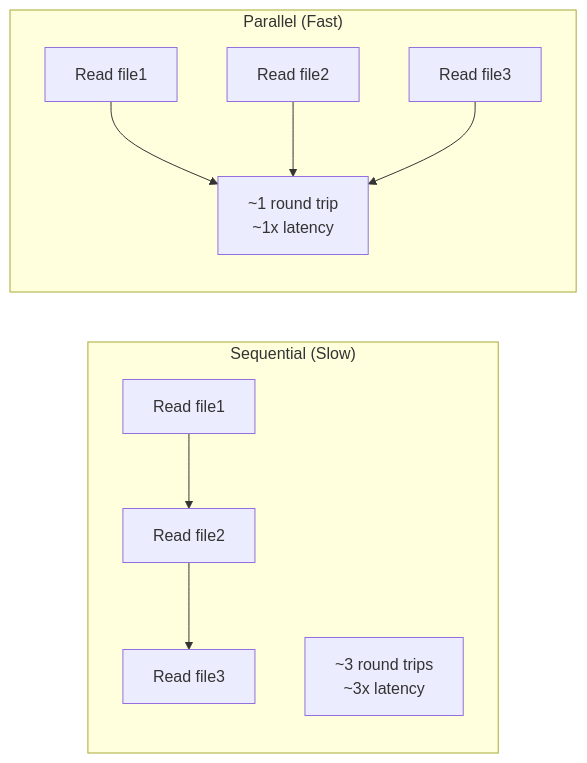
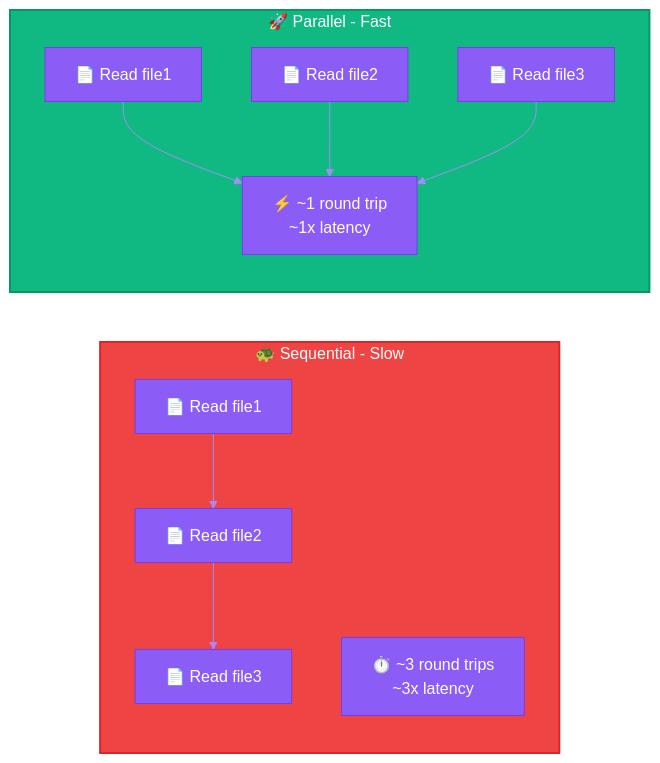
One commit to ThibautMelen/agentic-ai-systems changed the first of 5 diagrams in patterns/03-parallel-tool-calling.md. Above: the diagram before and after it, drawn with Mermaid. The commit also changed other lines of this file and 7 other files, not shown here.

First line of the commit message:
style(diagrams): add vibrant colors to all Mermaid diagrams

````diff
--- a/patterns/03-parallel-tool-calling.md
+++ b/patterns/03-parallel-tool-calling.md
@@ -13,16 +13,20 @@
 ```mermaid
+%%{init: {'theme': 'base', 'themeVariables': { 'primaryColor': '#8b5cf6', 'primaryTextColor': '#ffffff', 'primaryBorderColor': '#7c3aed', 'lineColor': '#a78bfa'}}}%%
 flowchart LR
-    subgraph Sequential["Sequential (Slow)"]
-        S1[Read file1] --> S2[Read file2] --> S3[Read file3]
-        S4["~3 round trips<br/>~3x latency"]
+    subgraph Sequential["🐢 Sequential - Slow"]
+        S1[📄 Read file1] --> S2[📄 Read file2] --> S3[📄 Read file3]
+        S4["⏱️ ~3 round trips<br/>~3x latency"]
     end
 
-    subgraph Parallel["Parallel (Fast)"]
-        P1[Read file1]
-        P2[Read file2]
-        P3[Read file3]
-        P4["~1 round trip<br/>~1x latency"]
+    subgraph Parallel["🚀 Parallel - Fast"]
+        P1[📄 Read file1]
+        P2[📄 Read file2]
+        P3[📄 Read file3]
+        P4["⚡ ~1 round trip<br/>~1x latency"]
     end
 
     P1 & P2 & P3 --> P4
+
+    style Sequential fill:#ef4444,stroke:#dc2626,stroke-width:2px,color:#ffffff
+    style Parallel fill:#10b981,stroke:#059669,stroke-width:2px,color:#ffffff
 ```
````
